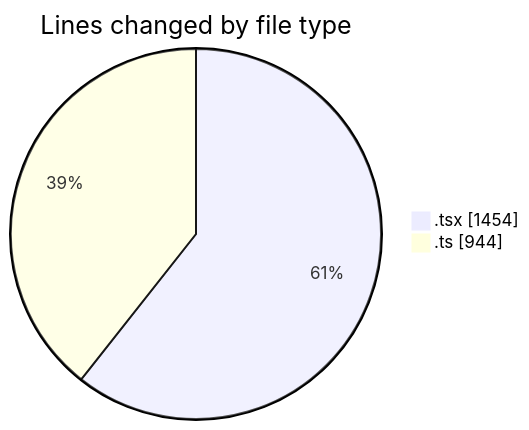
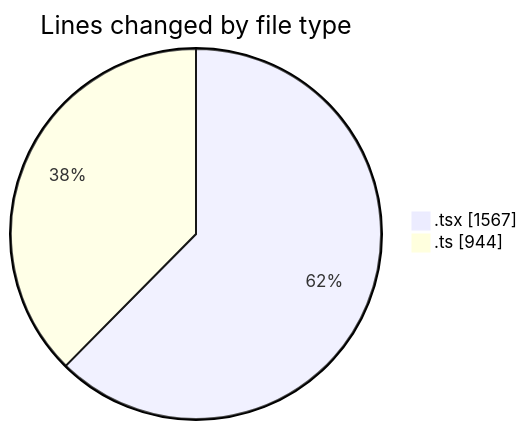
The first of 2 diagrams in 2025-10-15/eventscop-frontend-guide__workspace_/README.md (julien-gomy/code-tracking), drawn with Mermaid before and after one commit. The commit also changed other lines of this file and 1 other file, not shown here.

````diff
--- a/2025-10-15/eventscop-frontend-guide__workspace_/README.md
+++ b/2025-10-15/eventscop-frontend-guide__workspace_/README.md
@@ -33,6 +33,6 @@
 ```mermaid
 pie showData
 title Lines changed by file type
-".tsx" : 1454
+".tsx" : 1567
 ".ts" : 944
 ```
````
